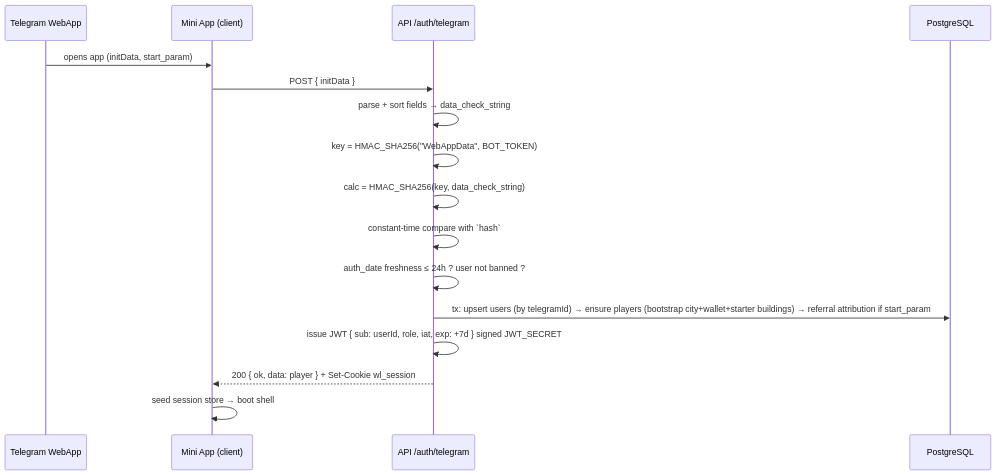
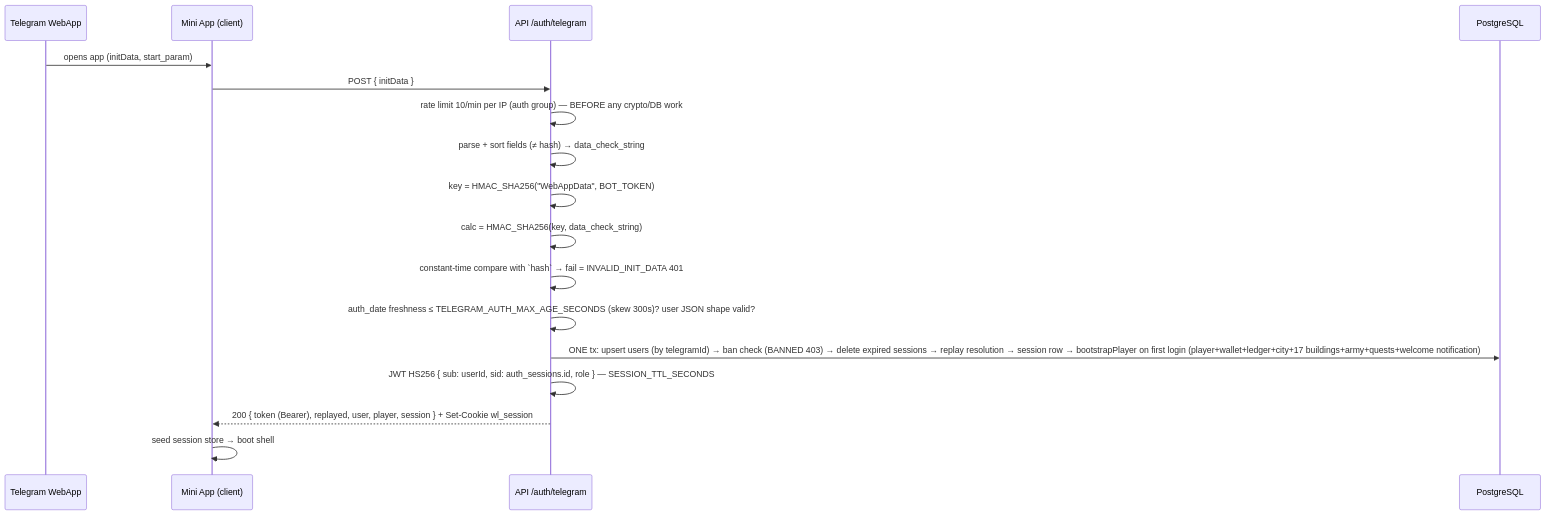
Before and after one commit to veylora03-stack/warlords: the first of 3 diagrams in docs/AUTHENTICATION.md, drawn with Mermaid. The commit also changed other lines of this file and 42 other files, not shown here.

Commit message:
feat(phase-3): telegram authentication — official initData HMAC verification, DB-backed JWT sessions with replay defense, authorization guard, transactional player bootstrap, rate limiting, dev impersonation, 107 tests

````diff
--- a/docs/AUTHENTICATION.md
+++ b/docs/AUTHENTICATION.md
@@ -18,19 +20,20 @@
 ```mermaid
 sequenceDiagram
     participant T as Telegram WebApp
     participant C as Mini App (client)
     participant S as API /auth/telegram
     participant DB as PostgreSQL
 
     T->>C: opens app (initData, start_param)
     C->>S: POST { initData }
-    S->>S: parse + sort fields → data_check_string
+    S->>S: rate limit 10/min per IP (auth group) — BEFORE any crypto/DB work
+    S->>S: parse + sort fields (≠ hash) → data_check_string
     S->>S: key = HMAC_SHA256("WebAppData", BOT_TOKEN)
     S->>S: calc = HMAC_SHA256(key, data_check_string)
-    S->>S: constant-time compare with `hash`
-    S->>S: auth_date freshness ≤ 24h ? user not banned ?
-    S->>DB: tx: upsert users (by telegramId) → ensure players (bootstrap city+wallet+starter buildings) → referral attribution if start_param
-    S->>S: issue JWT { sub: userId, role, iat, exp: +7d } signed JWT_SECRET
-    S-->>C: 200 { ok, data: player } + Set-Cookie wl_session
+    S->>S: constant-time compare with `hash` → fail = INVALID_INIT_DATA 401
+    S->>S: auth_date freshness ≤ TELEGRAM_AUTH_MAX_AGE_SECONDS (skew 300s)? user JSON shape valid?
+    S->>DB: ONE tx: upsert users (by telegramId) → ban check (BANNED 403) → delete expired sessions → replay resolution → session row → bootstrapPlayer on first login (player+wallet+ledger+city+17 buildings+army+quests+welcome notification)
+    S->>S: JWT HS256 { sub: userId, sid: auth_sessions.id, role } — SESSION_TTL_SECONDS
+    S-->>C: 200 { token (Bearer), replayed, user, player, session } + Set-Cookie wl_session
     C->>C: seed session store → boot shell
 ```
````
